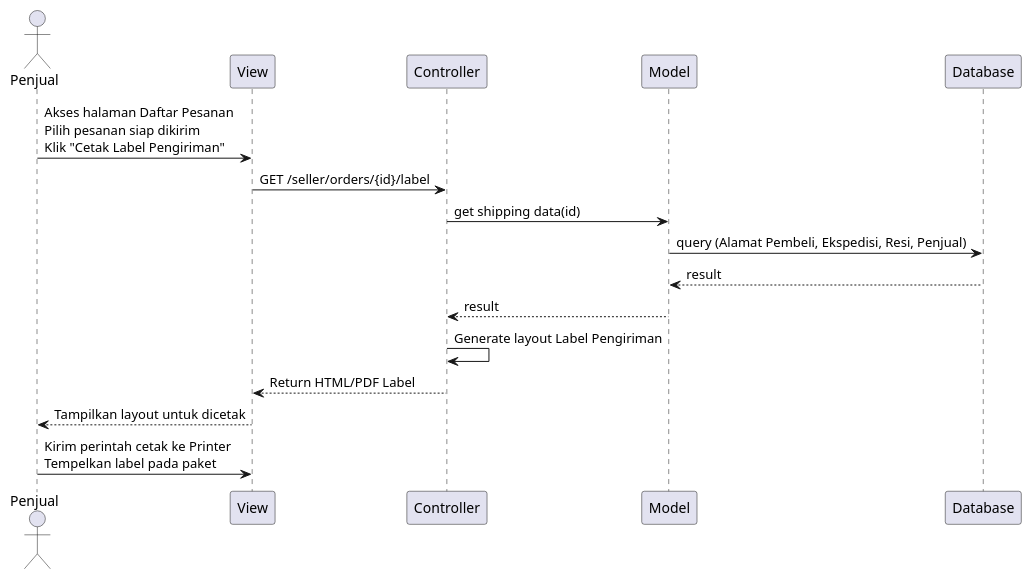
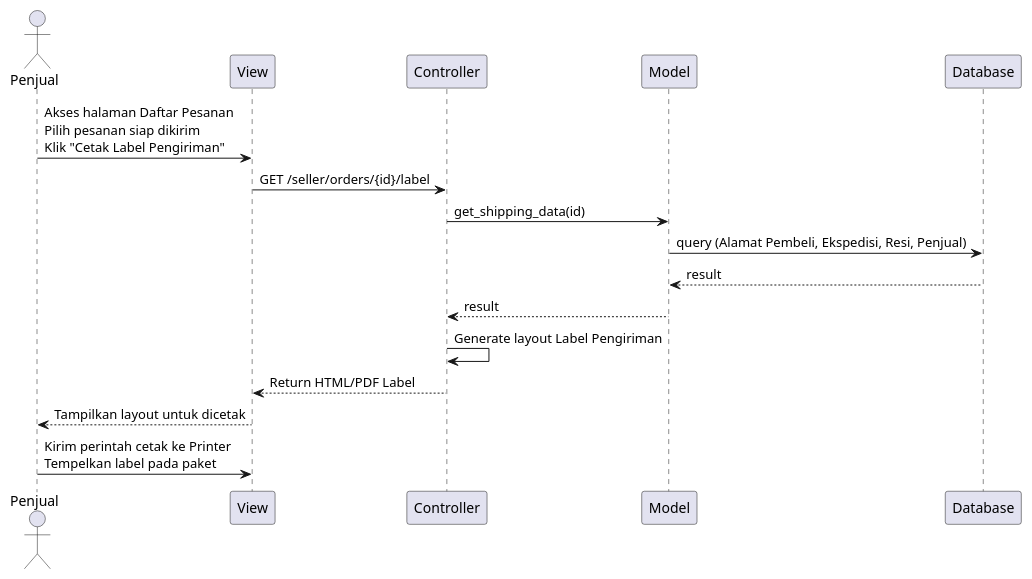
One commit to GitSyah111/toko-umkm-app changed the diagram in docs/uml/sequence-label.puml. Above: the diagram before and after it, drawn with PlantUML. The commit also changed 35 other files, not shown here.

First line of the commit message:
feat: add database schema, seeders, and wishlist entity

```diff
--- a/docs/uml/sequence-label.puml
+++ b/docs/uml/sequence-label.puml
@@ -1,21 +1,21 @@
 @startuml
 actor Penjual
 participant View
 participant Controller
 participant Model
 participant Database
 
 Penjual -> View : Akses halaman Daftar Pesanan\nPilih pesanan siap dikirim\nKlik "Cetak Label Pengiriman"
 View -> Controller : GET /seller/orders/{id}/label
 
-Controller -> Model : get shipping data(id)
+Controller -> Model : get_shipping_data(id)
 Model -> Database : query (Alamat Pembeli, Ekspedisi, Resi, Penjual)
 Database --> Model : result
 Model --> Controller : result
 
 Controller -> Controller : Generate layout Label Pengiriman
 Controller --> View : Return HTML/PDF Label
 View --> Penjual : Tampilkan layout untuk dicetak
 
 Penjual -> View : Kirim perintah cetak ke Printer\nTempelkan label pada paket
 @enduml
```
